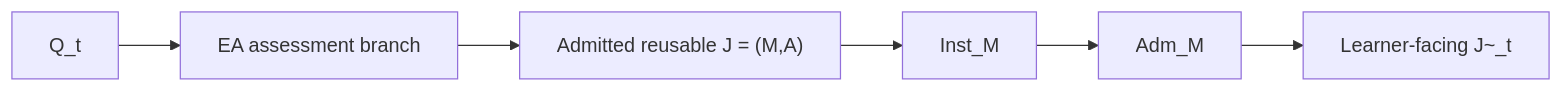
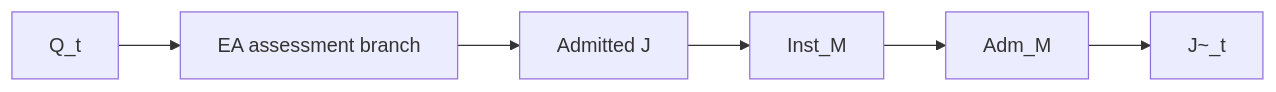
One commit to thatao72/three-twin-docs changed the third of 5 diagrams in content/architecture.md. Above: the diagram before and after it, drawn with Mermaid. The commit also changed other lines of this file, not shown here.

Commit message:
Rewrite architecture docs from current canonical authority

````diff
--- a/content/architecture.md
+++ b/content/architecture.md
@@ -323,11 +242,11 @@
 ```mermaid
 flowchart LR
     Q["Q_t"]
     EA["EA assessment branch"]
-    J["Admitted reusable J = (M,A)"]
+    J["Admitted J"]
     IM["Inst_M"]
     AM["Adm_M"]
-    JT["Learner-facing J~_t"]
+    JT["J~_t"]
 
     Q --> EA --> J --> IM --> AM --> JT
 ```
````
